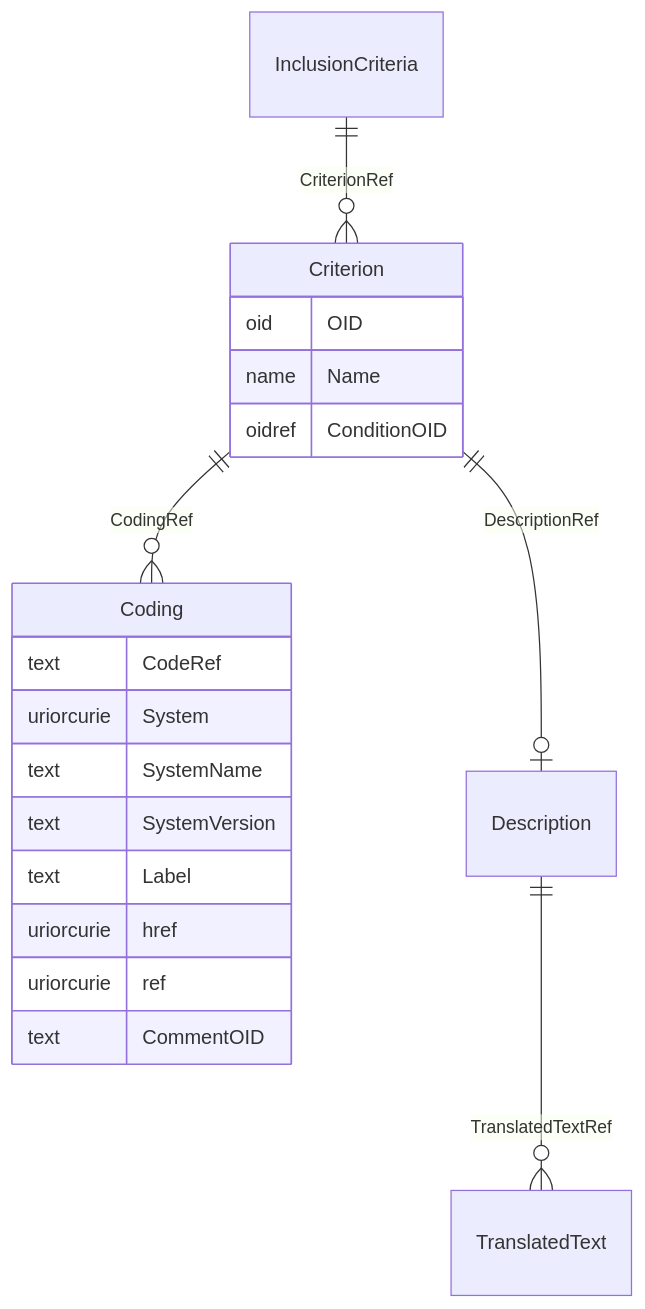
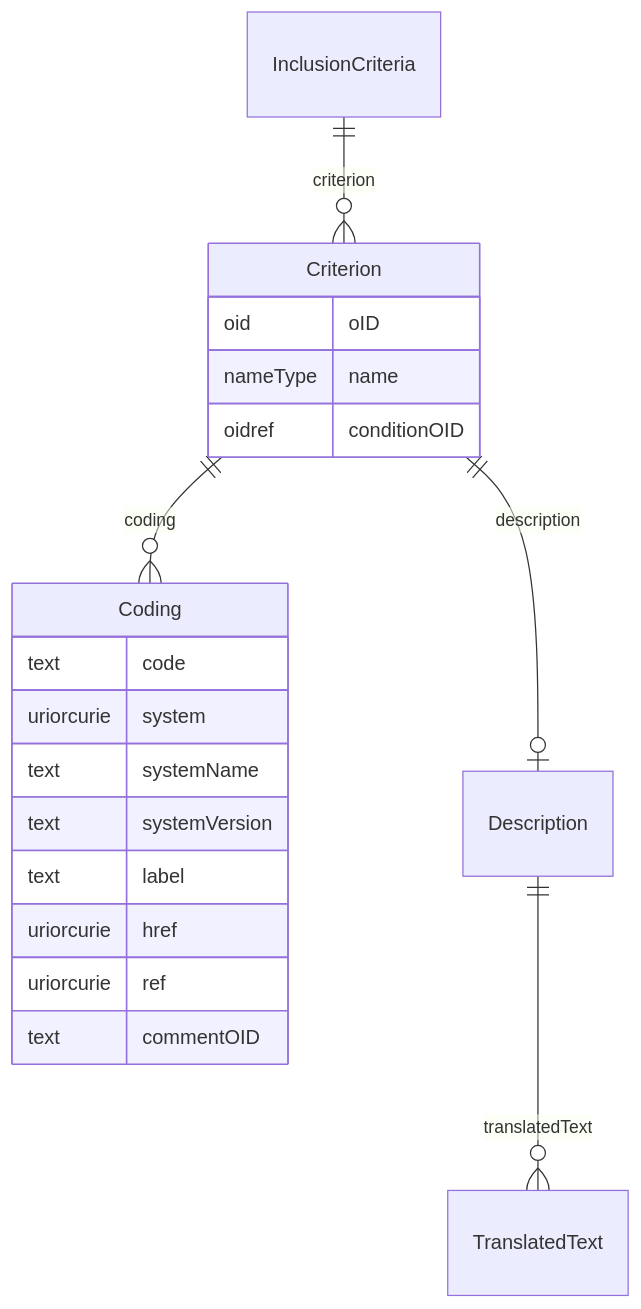
One commit to cdisc-org/DataExchange-ODM-LinkML changed the diagram in docs/InclusionCriteria.md. Above: the diagram before and after it, drawn with Mermaid. The commit also changed other lines of this file and 759 other files, not shown here.

````diff
--- a/docs/InclusionCriteria.md
+++ b/docs/InclusionCriteria.md
@@ -11,30 +11,30 @@
 ```mermaid
 erDiagram
 InclusionCriteria {
 
 }
 Criterion {
-    oid OID  
-    name Name  
-    oidref ConditionOID  
+    oid oID  
+    nameType name  
+    oidref conditionOID  
 }
 Coding {
-    text CodeRef  
-    uriorcurie System  
-    text SystemName  
-    text SystemVersion  
-    text Label  
+    text code  
+    uriorcurie system  
+    text systemName  
+    text systemVersion  
+    text label  
     uriorcurie href  
     uriorcurie ref  
-    text CommentOID  
+    text commentOID  
 }
 Description {
 
 }
 
-InclusionCriteria ||--}o Criterion : "CriterionRef"
-Criterion ||--|o Description : "DescriptionRef"
-Criterion ||--}o Coding : "CodingRef"
-Description ||--}o TranslatedText : "TranslatedTextRef"
+InclusionCriteria ||--}o Criterion : "criterion"
+Criterion ||--|o Description : "description"
+Criterion ||--}o Coding : "coding"
+Description ||--}o TranslatedText : "translatedText"
 
 ```
````
